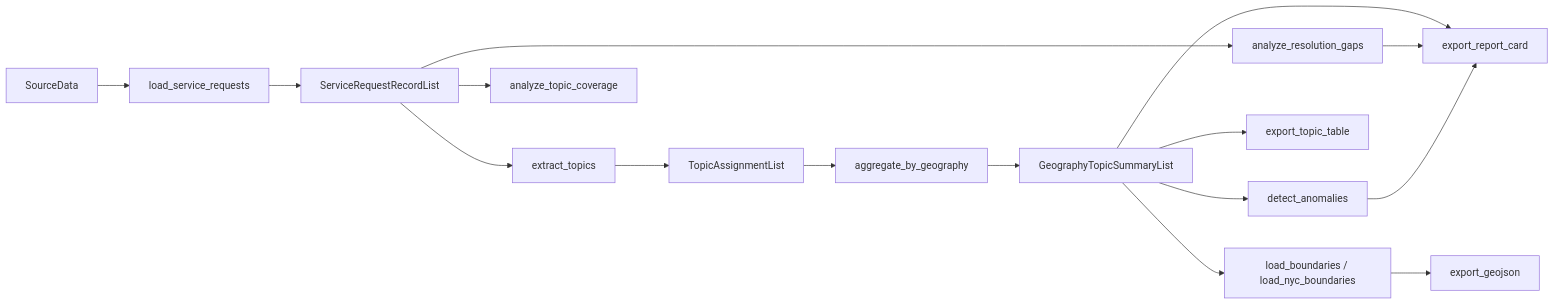
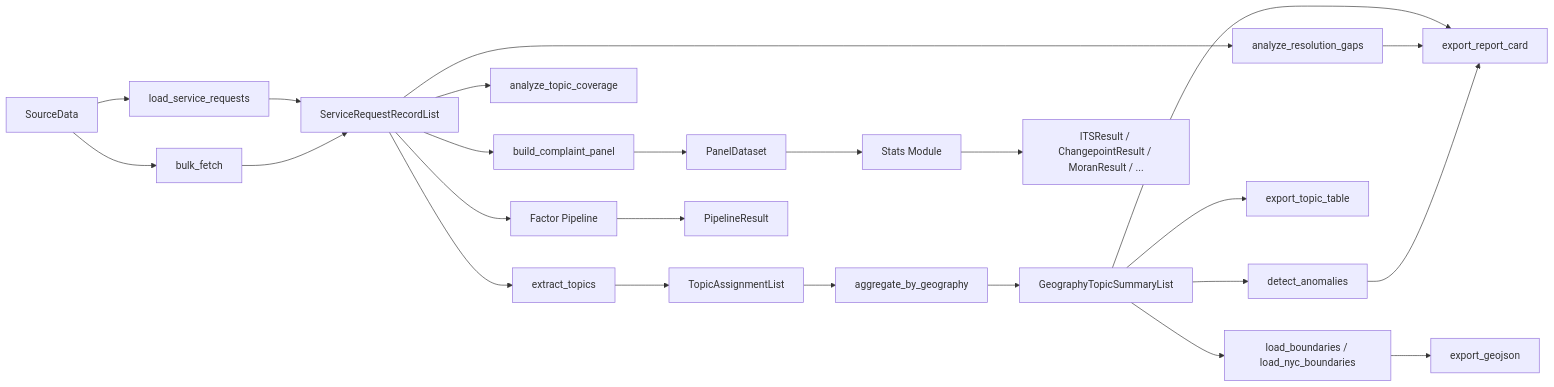
One commit to random-walks/nyc311 changed the first of 2 diagrams in docs/architecture.md. Above: the diagram before and after it, drawn with Mermaid. The commit also changed other lines of this file and 21 other files, not shown here.

````diff
--- a/docs/architecture.md
+++ b/docs/architecture.md
@@ -10,18 +10,26 @@
 ```mermaid
 flowchart LR
     sourceData[SourceData] --> loaders[load_service_requests]
+    sourceData --> bulkFetch[bulk_fetch]
     loaders --> records[ServiceRequestRecordList]
+    bulkFetch --> records
     records --> extract[extract_topics]
     records --> coverage[analyze_topic_coverage]
     records --> gaps[analyze_resolution_gaps]
+    records --> panel[build_complaint_panel]
+    records --> factors[Factor Pipeline]
     extract --> assignments[TopicAssignmentList]
     assignments --> aggregate[aggregate_by_geography]
     aggregate --> summaries[GeographyTopicSummaryList]
     summaries --> anomalies[detect_anomalies]
     summaries --> csvExport[export_topic_table]
     summaries --> geojsonPrep[load_boundaries / load_nyc_boundaries]
     geojsonPrep --> geojsonExport[export_geojson]
     summaries --> report[export_report_card]
     gaps --> report
     anomalies --> report
+    panel --> panelDS[PanelDataset]
+    panelDS --> stats[Stats Module]
+    factors --> pipeResult[PipelineResult]
+    stats --> statsResults[ITSResult / ChangepointResult / MoranResult / ...]
 ```
````
